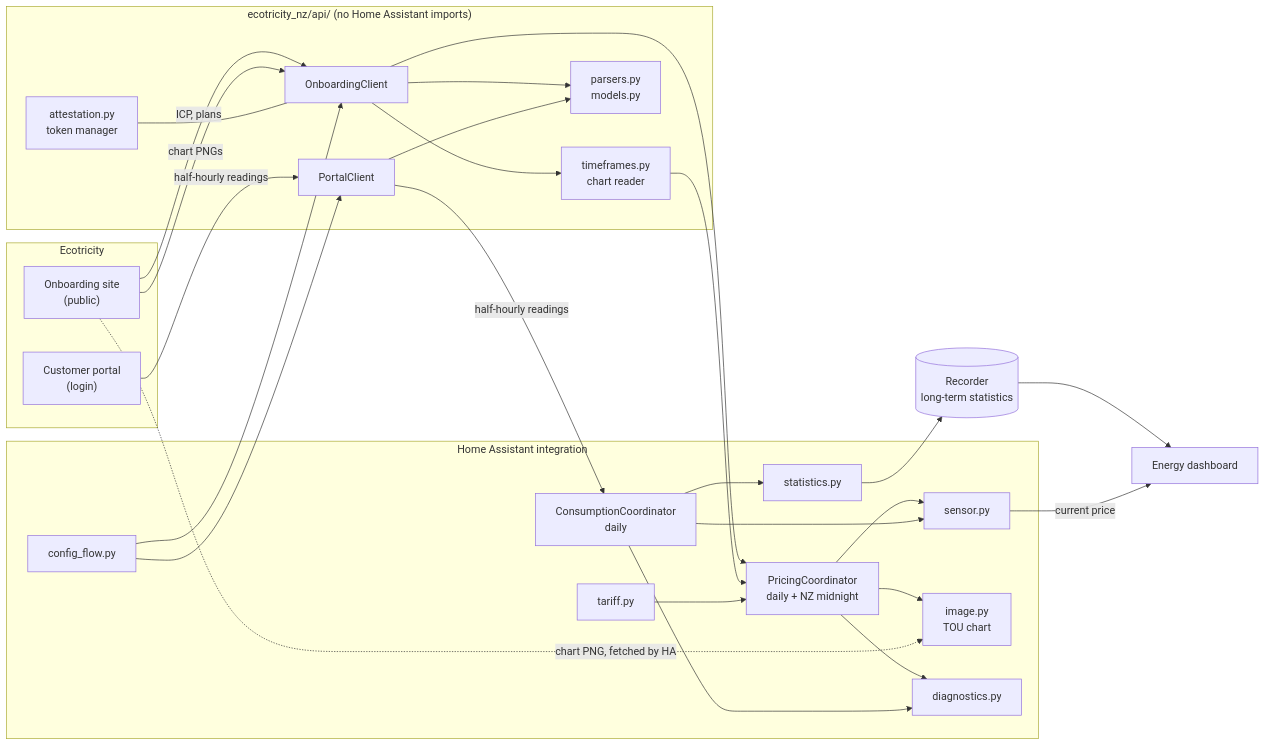
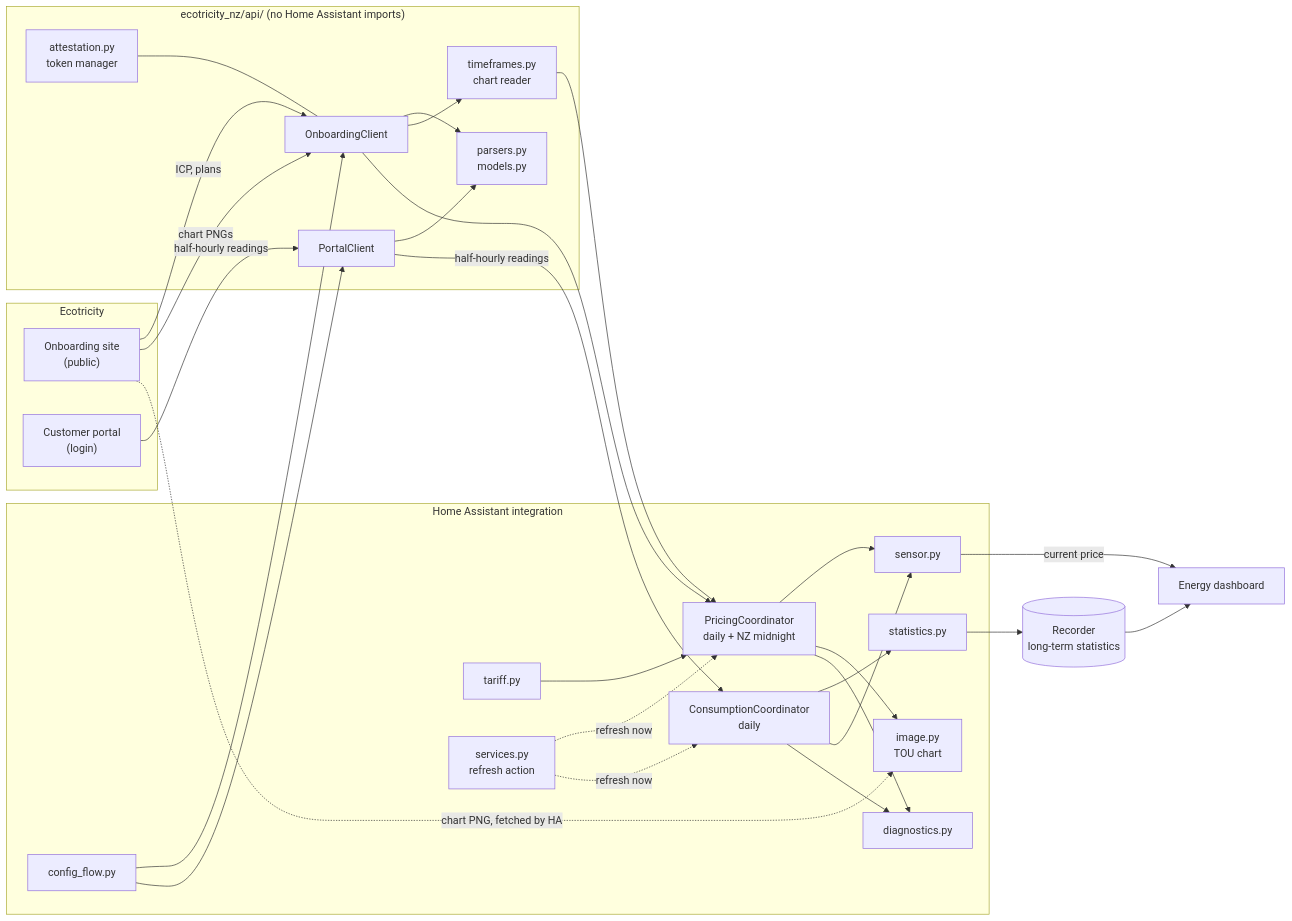
The first of 4 diagrams in docs/architecture.md (rhyskoedijk/ha-ecotricity-nz), drawn with Mermaid before and after one commit. The commit also changed other lines of this file and 14 other files, not shown here.

First line of the commit message:
feat: add a refresh action and release v0.1.1 (#3)

````diff
--- a/docs/architecture.md
+++ b/docs/architecture.md
@@ -7,52 +7,55 @@
 ```mermaid
 flowchart LR
     subgraph Ecotricity
         OB["Onboarding site<br/>(public)"]
         PT["Customer portal<br/>(login)"]
     end
 
     subgraph api["ecotricity_nz/api/ (no Home Assistant imports)"]
         AT["attestation.py<br/>token manager"]
         OC["OnboardingClient"]
         PC["PortalClient"]
         TF["timeframes.py<br/>chart reader"]
         PA["parsers.py<br/>models.py"]
     end
 
     subgraph ha["Home Assistant integration"]
         CF["config_flow.py"]
         PCO["PricingCoordinator<br/>daily + NZ midnight"]
         CCO["ConsumptionCoordinator<br/>daily"]
         TA["tariff.py"]
         ST["statistics.py"]
         SE["sensor.py"]
         IM["image.py<br/>TOU chart"]
         DG["diagnostics.py"]
+        SV["services.py<br/>refresh action"]
     end
 
     REC[("Recorder<br/>long-term statistics")]
     EN["Energy dashboard"]
 
     OB -- "ICP, plans" --> OC
     OB -- "chart PNGs" --> OC
     AT --- OC
     PT -- "half-hourly readings" --> PC
     OC --> PA
     PC --> PA
     OC --> TF
 
     CF --> OC
     CF --> PC
     OC --> PCO
     TF --> PCO
     TA --> PCO
     PC -- "half-hourly readings" --> CCO
     CCO --> ST --> REC --> EN
     PCO --> SE
     PCO --> IM
     OB -. "chart PNG, fetched by HA" .-> IM
     CCO --> SE
     SE -- "current price" --> EN
     PCO --> DG
     CCO --> DG
+    SV -. "refresh now" .-> PCO
+    SV -. "refresh now" .-> CCO
 ```
````
